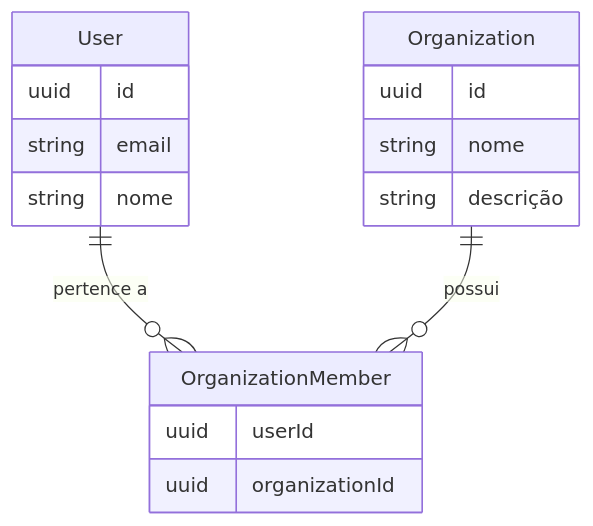
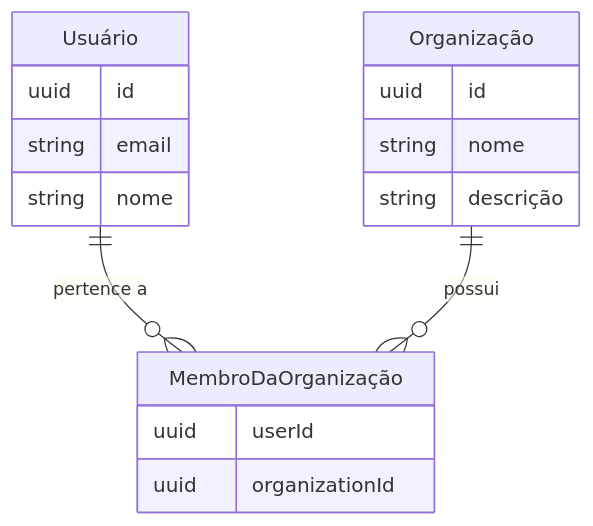
The second of 7 diagrams in i18n/pt-BR/docusaurus-plugin-content-docs/current/use-cases/multi-tenancy/build-multi-tenant-saas-application.mdx (logto-io/docs), drawn with Mermaid before and after one commit. The commit also changed other lines of this file and 666 other files, not shown here.

````diff
--- a/i18n/pt-BR/docusaurus-plugin-content-docs/current/use-cases/multi-tenancy/build-multi-tenant-saas-application.mdx
+++ b/i18n/pt-BR/docusaurus-plugin-content-docs/current/use-cases/multi-tenancy/build-multi-tenant-saas-application.mdx
@@ -206,20 +206,20 @@
 ```mermaid
 erDiagram
-    User ||--o{ OrganizationMember : "pertence a"
-    Organization ||--o{ OrganizationMember : "possui"
+    Usuário ||--o{ MembroDaOrganização : "pertence a"
+    Organização ||--o{ MembroDaOrganização : "possui"
 
-    User {
+    Usuário {
         uuid id
         string email
         string nome
     }
-    Organization {
+    Organização {
         uuid id
         string nome
         string descrição
     }
-    OrganizationMember {
+    MembroDaOrganização {
         uuid userId
         uuid organizationId
     }
 ```
````
